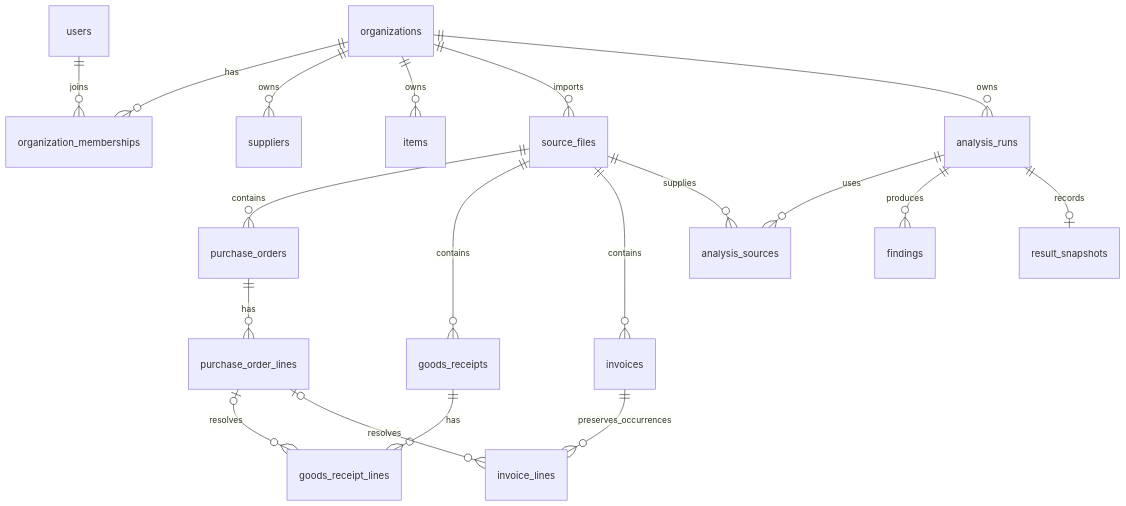
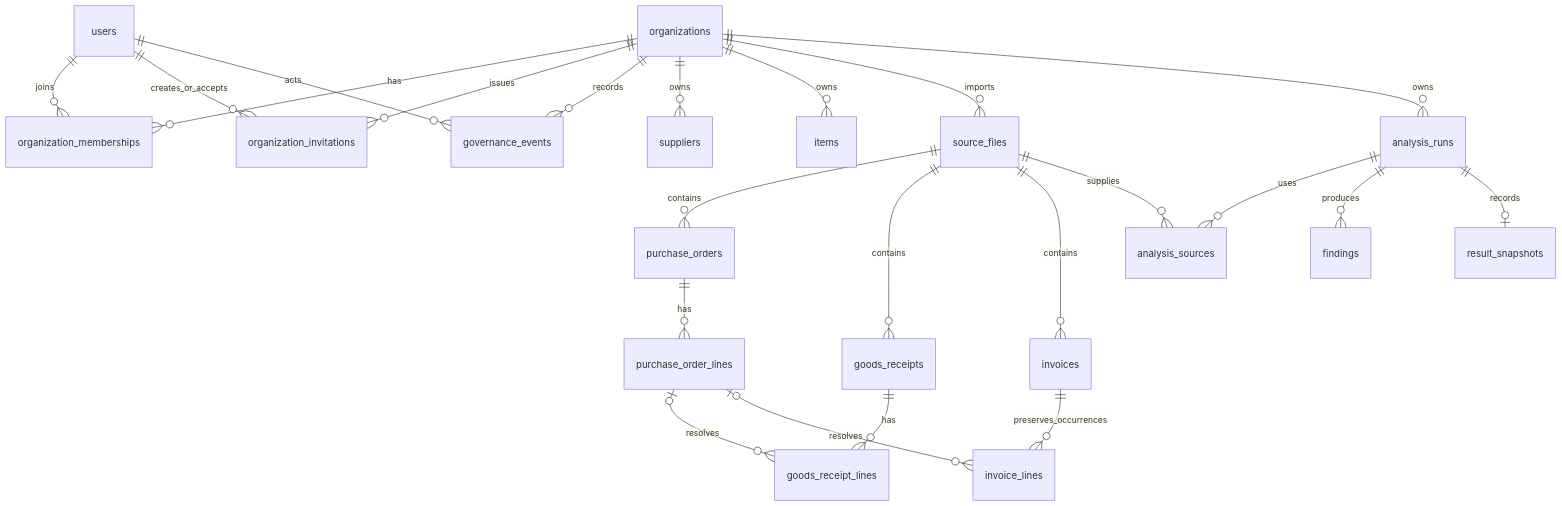
One commit to boudani-ayoub/Invoice-Purchase-Order-Reconciliation changed the diagram in docs/data-model-v1.md. Above: the diagram before and after it, drawn with Mermaid. The commit also changed other lines of this file and 13 other files, not shown here.

Commit message:
docs: record product phase 6 architecture

````diff
--- a/docs/data-model-v1.md
+++ b/docs/data-model-v1.md
@@ -101,21 +127,25 @@
 ```mermaid
 erDiagram
   organizations ||--o{ organization_memberships : has
   users ||--o{ organization_memberships : joins
+  organizations ||--o{ organization_invitations : issues
+  users ||--o{ organization_invitations : creates_or_accepts
+  organizations ||--o{ governance_events : records
+  users ||--o{ governance_events : acts
   organizations ||--o{ suppliers : owns
   organizations ||--o{ items : owns
   organizations ||--o{ source_files : imports
   source_files ||--o{ purchase_orders : contains
   purchase_orders ||--o{ purchase_order_lines : has
   source_files ||--o{ goods_receipts : contains
   goods_receipts ||--o{ goods_receipt_lines : has
   source_files ||--o{ invoices : contains
   invoices ||--o{ invoice_lines : preserves_occurrences
   purchase_order_lines o|--o{ goods_receipt_lines : resolves
   purchase_order_lines o|--o{ invoice_lines : resolves
   organizations ||--o{ analysis_runs : owns
   analysis_runs ||--o{ analysis_sources : uses
   source_files ||--o{ analysis_sources : supplies
   analysis_runs ||--o{ findings : produces
   analysis_runs ||--o| result_snapshots : records
 ```
````
